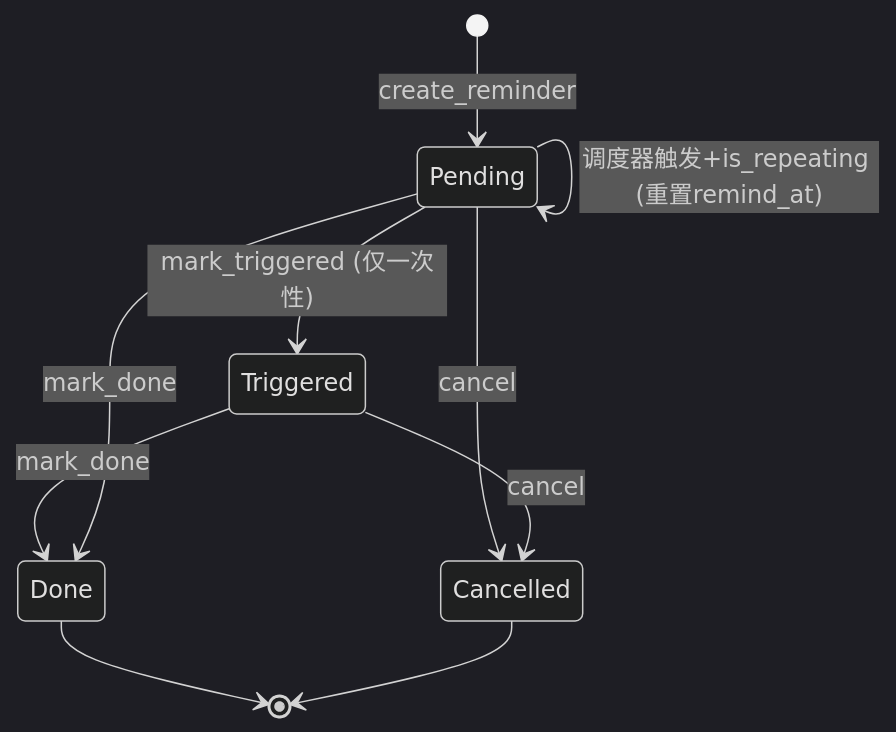
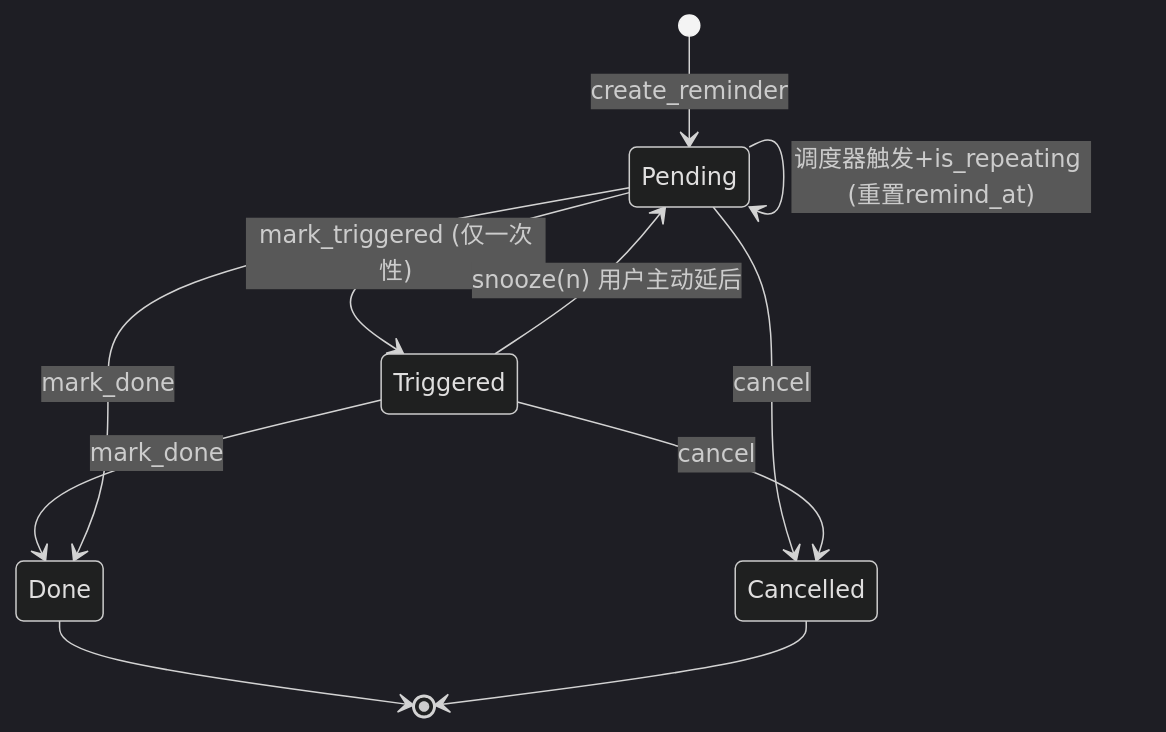
One commit to Tonys-L/Tie changed the fourth of 4 diagrams in docs/knowledge-base/flows.md. Above: the diagram before and after it, drawn with Mermaid (dark theme). The commit also changed other lines of this file and 84 other files, not shown here.

````diff
--- a/docs/knowledge-base/flows.md
+++ b/docs/knowledge-base/flows.md
@@ -115,13 +115,14 @@
 ```mermaid
 stateDiagram-v2
     [*] --> Pending : create_reminder
     Pending --> Pending : snooze(n) 设snoozed_until
     Pending --> Triggered : mark_triggered (仅一次性)
     Pending --> Pending : 调度器触发+is_repeating (重置remind_at)
+    Triggered --> Pending : snooze(n) 用户主动延后
     Triggered --> Done : mark_done
     Pending --> Done : mark_done
     Pending --> Cancelled : cancel
     Triggered --> Cancelled : cancel
     Done --> [*]
     Cancelled --> [*]
 ```
````
